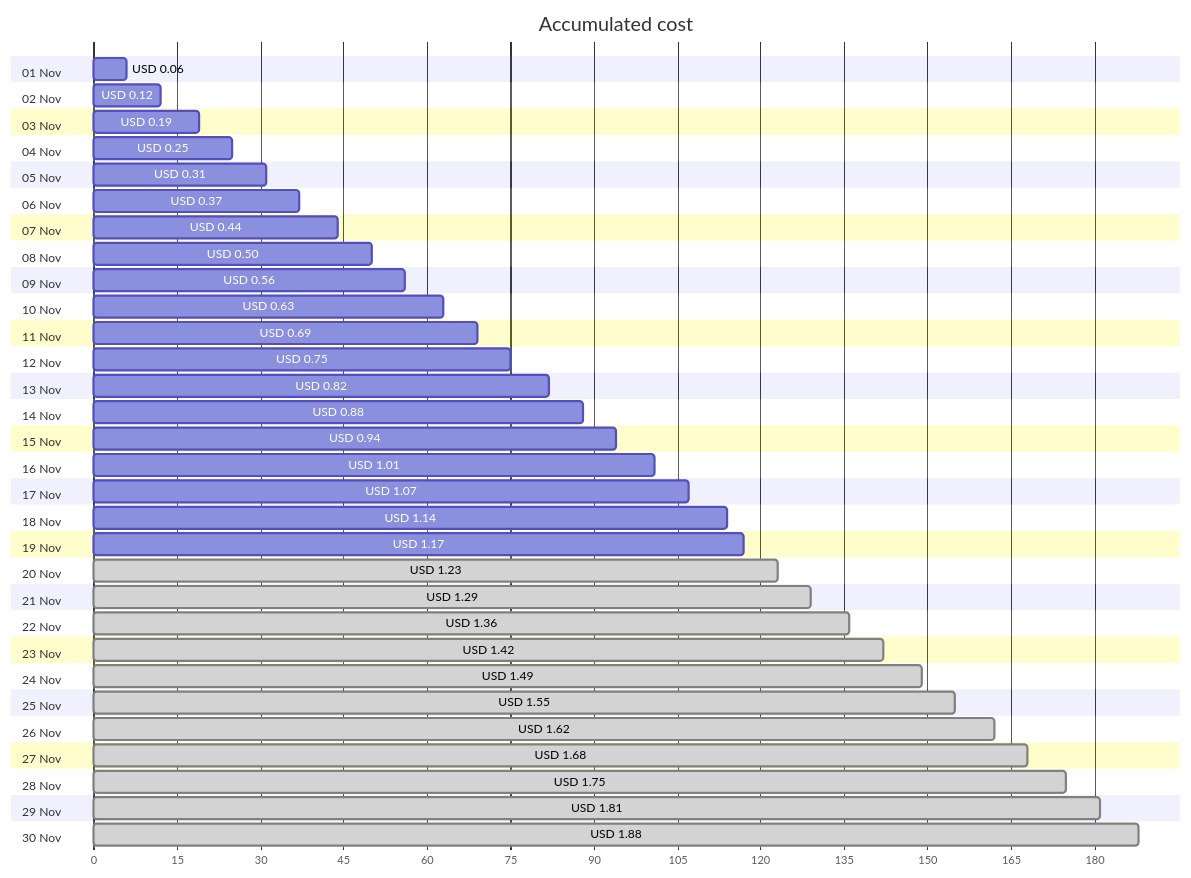
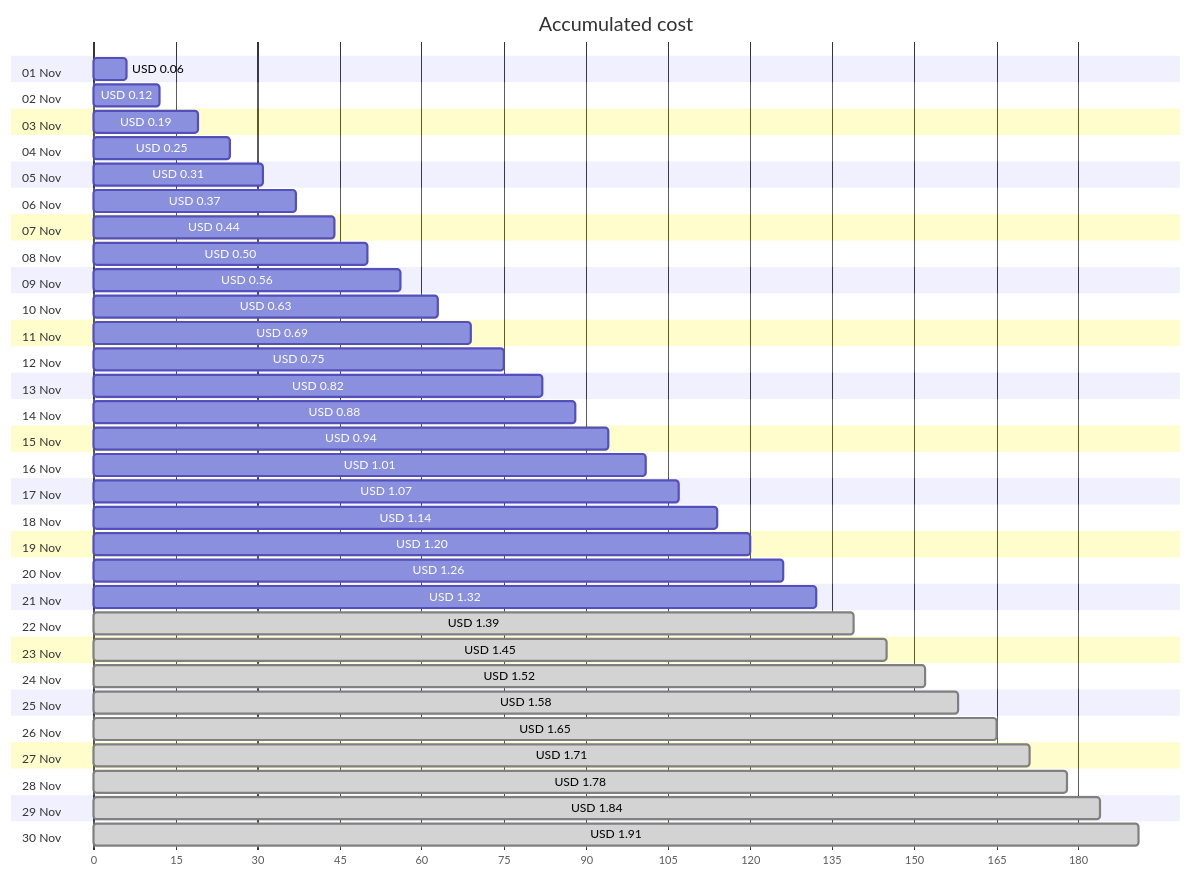
The first of 4 diagrams in cost-reports/personal-network/backup-server_OsDisk.md (jpfulton/azure-personal-reports), drawn with Mermaid before and after one commit. The commit also changed other lines of this file and 8 other files, not shown here.

````diff
--- a/cost-reports/personal-network/backup-server_OsDisk.md
+++ b/cost-reports/personal-network/backup-server_OsDisk.md
@@ -20,66 +20,66 @@
 ```mermaid
 gantt
    title Accumulated cost
    dateFormat  X
    axisFormat %s
    section 01 Nov
    USD 0.06 :0, 6
    section 02 Nov
    USD 0.12 :0, 12
    section 03 Nov
    USD 0.19 :0, 19
    section 04 Nov
    USD 0.25 :0, 25
    section 05 Nov
    USD 0.31 :0, 31
    section 06 Nov
    USD 0.37 :0, 37
    section 07 Nov
    USD 0.44 :0, 44
    section 08 Nov
    USD 0.50 :0, 50
    section 09 Nov
    USD 0.56 :0, 56
    section 10 Nov
    USD 0.63 :0, 63
    section 11 Nov
    USD 0.69 :0, 69
    section 12 Nov
    USD 0.75 :0, 75
    section 13 Nov
    USD 0.82 :0, 82
    section 14 Nov
    USD 0.88 :0, 88
    section 15 Nov
    USD 0.94 :0, 94
    section 16 Nov
    USD 1.01 :0, 101
    section 17 Nov
    USD 1.07 :0, 107
    section 18 Nov
    USD 1.14 :0, 114
    section 19 Nov
-   USD 1.17 :0, 117
+   USD 1.20 :0, 120
    section 20 Nov
-   USD 1.23 : done, 0, 123
+   USD 1.26 :0, 126
    section 21 Nov
-   USD 1.29 : done, 0, 129
+   USD 1.32 :0, 132
    section 22 Nov
-   USD 1.36 : done, 0, 136
+   USD 1.39 : done, 0, 139
    section 23 Nov
-   USD 1.42 : done, 0, 142
+   USD 1.45 : done, 0, 145
    section 24 Nov
-   USD 1.49 : done, 0, 149
+   USD 1.52 : done, 0, 152
    section 25 Nov
-   USD 1.55 : done, 0, 155
+   USD 1.58 : done, 0, 158
    section 26 Nov
-   USD 1.62 : done, 0, 162
+   USD 1.65 : done, 0, 165
    section 27 Nov
-   USD 1.68 : done, 0, 168
+   USD 1.71 : done, 0, 171
    section 28 Nov
-   USD 1.75 : done, 0, 175
+   USD 1.78 : done, 0, 178
    section 29 Nov
-   USD 1.81 : done, 0, 181
+   USD 1.84 : done, 0, 184
    section 30 Nov
-   USD 1.88 : done, 0, 188
+   USD 1.91 : done, 0, 191
 ```
````
